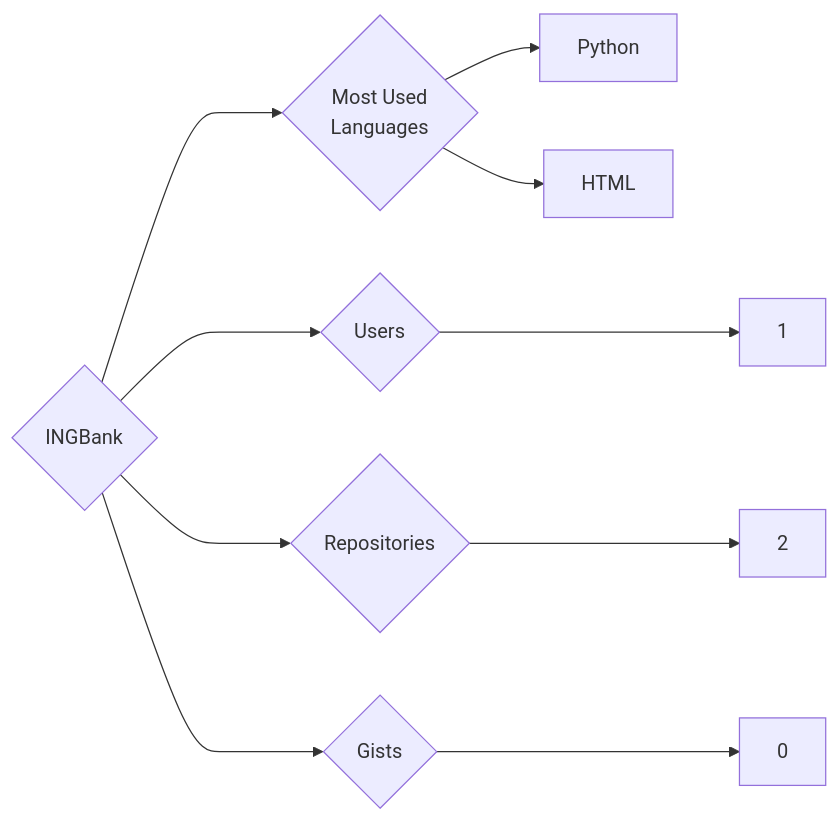
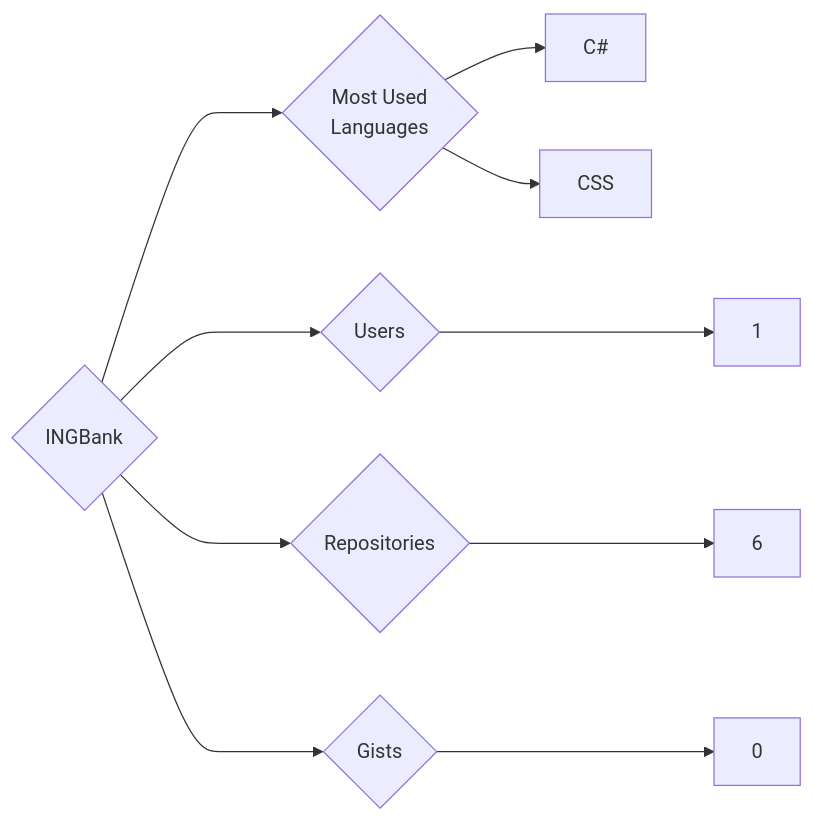
One commit to trickest/insiders changed the diagram in targets/INGBank/README.md. Above: the diagram before and after it, drawn with Mermaid. The commit also changed 773 other files, not shown here.

````diff
--- a/targets/INGBank/README.md
+++ b/targets/INGBank/README.md
@@ -3,10 +3,10 @@
 ```mermaid
 graph LR
 COMPANY_NAME{INGBank}
 COMPANY_NAME ---> U{Users} ---> UN[1]
-COMPANY_NAME ---> R{Repositories} ---> RN[2]
+COMPANY_NAME ---> R{Repositories} ---> RN[6]
 COMPANY_NAME ---> G{Gists} ---> GN[0]
 COMPANY_NAME ---> ML{Most Used<br>Languages}
-ML --> Python[Python]
-ML --> HTML[HTML]
+ML --> C#[C#]
+ML --> CSS[CSS]
 ```
````
